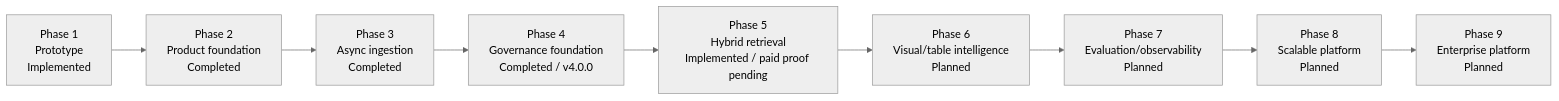
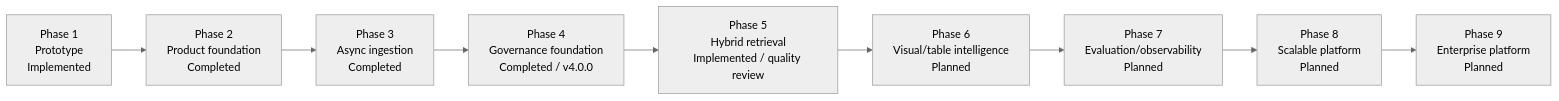
One commit to mvyas412/ai-projects changed the second of 11 diagrams in mm-rag-full-stack-genai-bootcamp-3.0/docs/architecture/ARCHITECTURE.md. Above: the diagram before and after it, drawn with Mermaid (neutral theme). The commit also changed other lines of this file and 6 other files, not shown here.

````diff
--- a/mm-rag-full-stack-genai-bootcamp-3.0/docs/architecture/ARCHITECTURE.md
+++ b/mm-rag-full-stack-genai-bootcamp-3.0/docs/architecture/ARCHITECTURE.md
@@ -166,12 +166,12 @@
 ```mermaid
 flowchart LR
     p1["Phase 1<br/>Prototype<br/>Implemented"] -->
     p2["Phase 2<br/>Product foundation<br/>Completed"] -->
     p3["Phase 3<br/>Async ingestion<br/>Completed"] -->
     p4["Phase 4<br/>Governance foundation<br/>Completed / v4.0.0"] -->
-    p5["Phase 5<br/>Hybrid retrieval<br/>Implemented / paid proof pending"] -->
+    p5["Phase 5<br/>Hybrid retrieval<br/>Implemented / quality review"] -->
     p6["Phase 6<br/>Visual/table intelligence<br/>Planned"] -->
     p7["Phase 7<br/>Evaluation/observability<br/>Planned"] -->
     p8["Phase 8<br/>Scalable platform<br/>Planned"] -->
     p9["Phase 9<br/>Enterprise platform<br/>Planned"]
 ```
````
